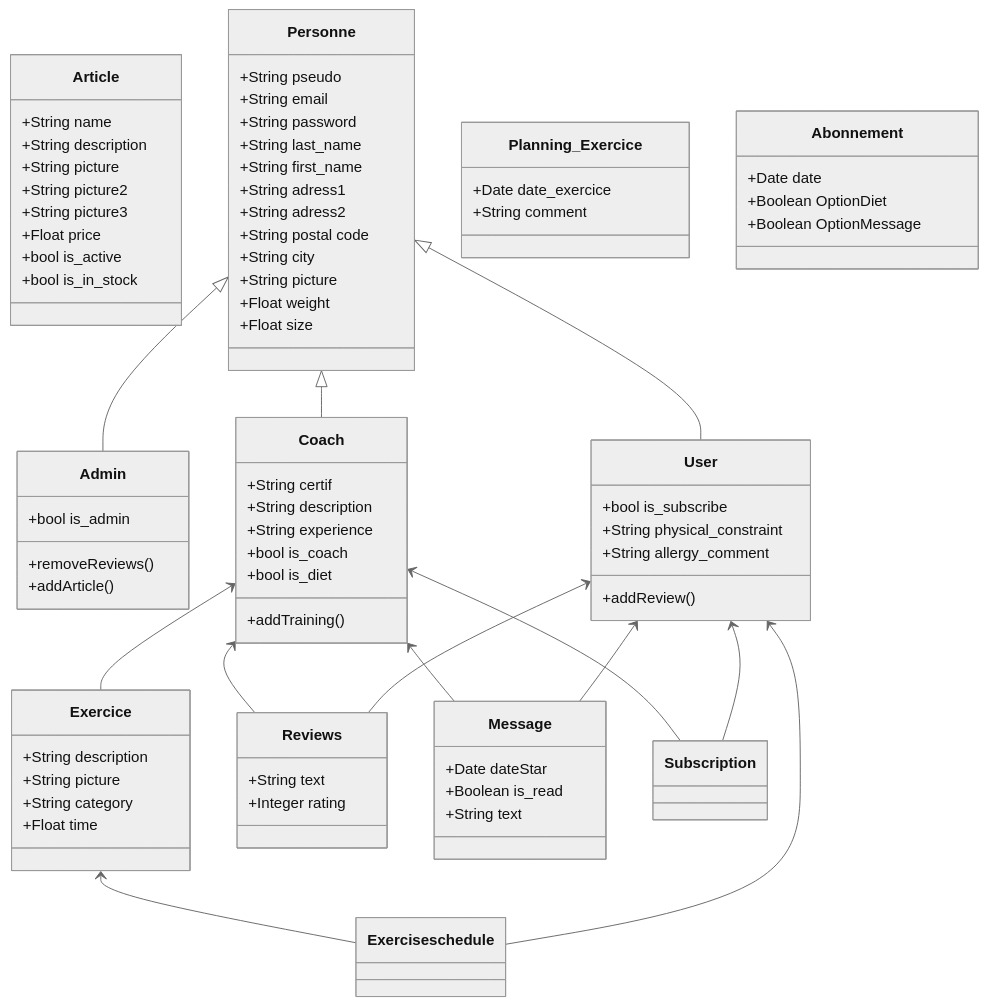
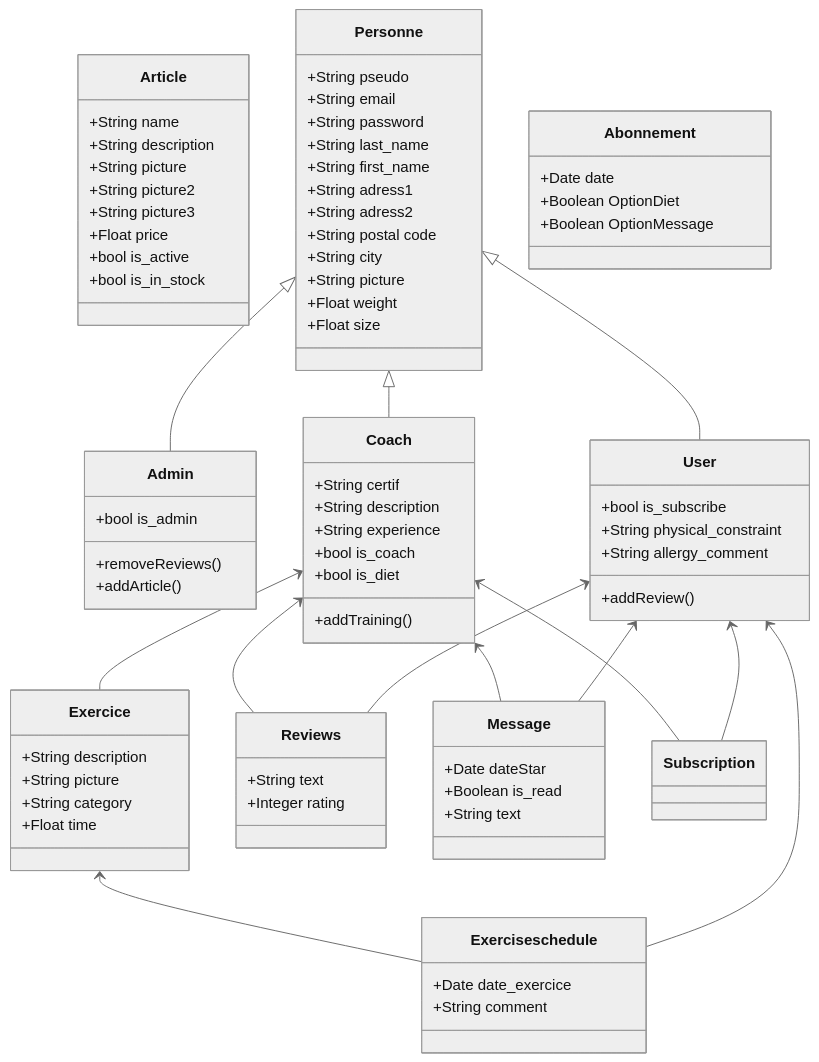
Before and after one commit to Genia888/FitnessHub: the diagram in Documentation/class_diagram.md, drawn with Mermaid (neutral theme).

Commit message:
Rename class 'Planning_Exercice' to 'Exercise schedule' for consistency

```diff
--- a/Documentation/class_diagram.md
+++ b/Documentation/class_diagram.md
@@ -37,7 +37,7 @@
       +Float time
     }
 
-    class Planning_Exercice {
+    class Exercise schedule {
       +Date date_exercice
       +String comment
     }
```
